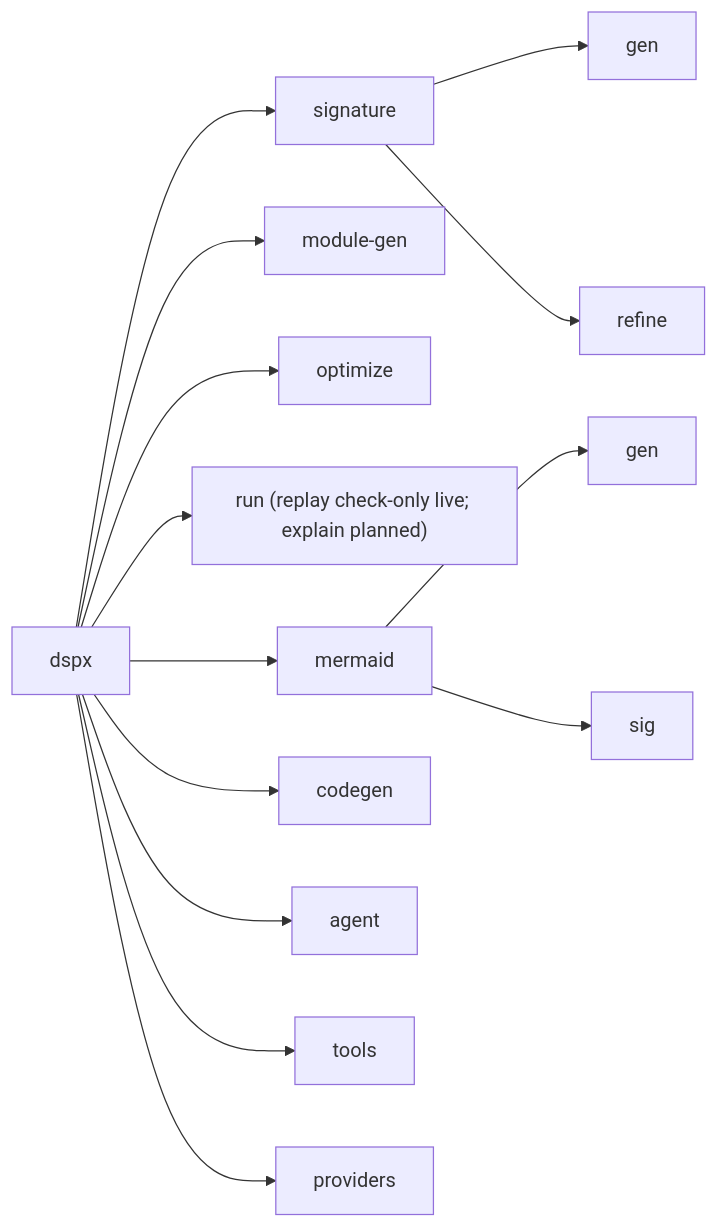
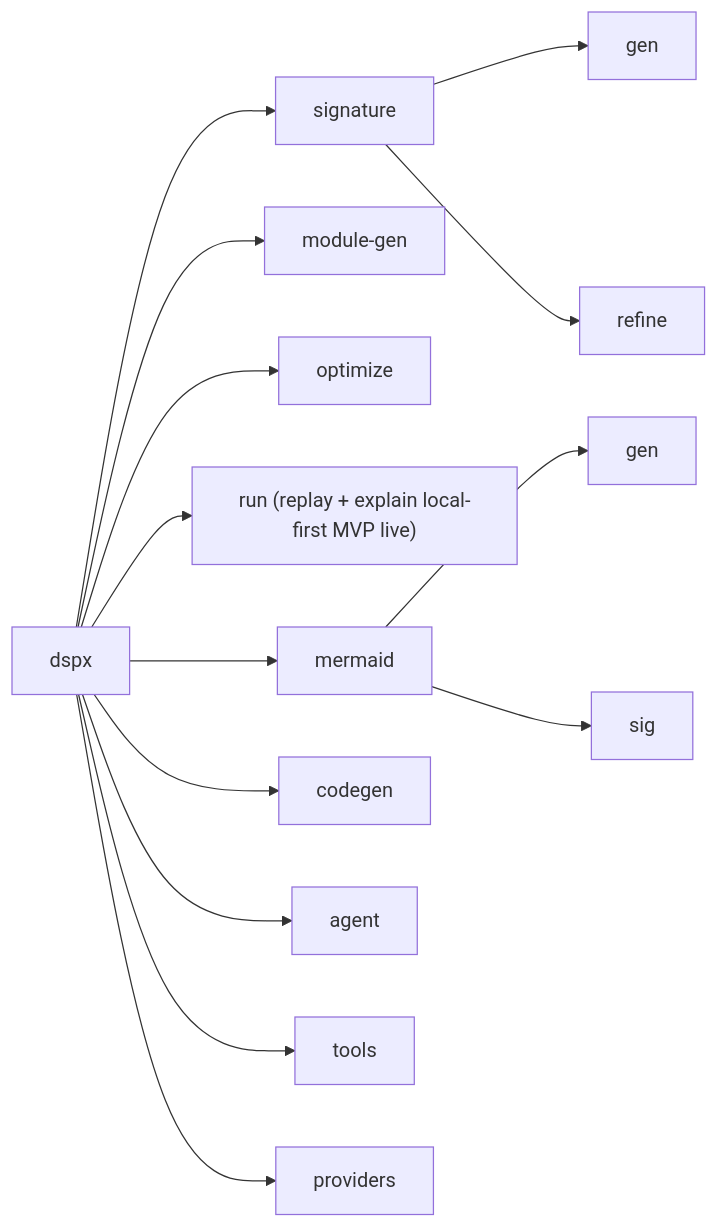
One commit to tryingET/dspx changed the second of 6 diagrams in docs/ARCHITECTURE.md. Above: the diagram before and after it, drawn with Mermaid. The commit also changed 6 other files, not shown here.

First line of the commit message:
📝 docs(replay): sync explain mvp status

````diff
--- a/docs/ARCHITECTURE.md
+++ b/docs/ARCHITECTURE.md
@@ -110,16 +110,16 @@
 ```mermaid
 graph LR
   DSPX["dspx"] --> Sig["signature"]
   Sig --> SigGen["gen"]
   Sig --> SigRef["refine"]
   DSPX --> Mod["module-gen"]
   DSPX --> Opt["optimize"]
-  DSPX --> Run["run (replay check-only live; explain planned)"]
+  DSPX --> Run["run (replay + explain local-first MVP live)"]
   DSPX --> Mermaid["mermaid"]
   Mermaid --> MGen["gen"]
   Mermaid --> MSig["sig"]
   DSPX --> Code["codegen"]
   DSPX --> Agent["agent"]
   DSPX --> Tools["tools"]
   DSPX --> Prov["providers"]
 ```
````
